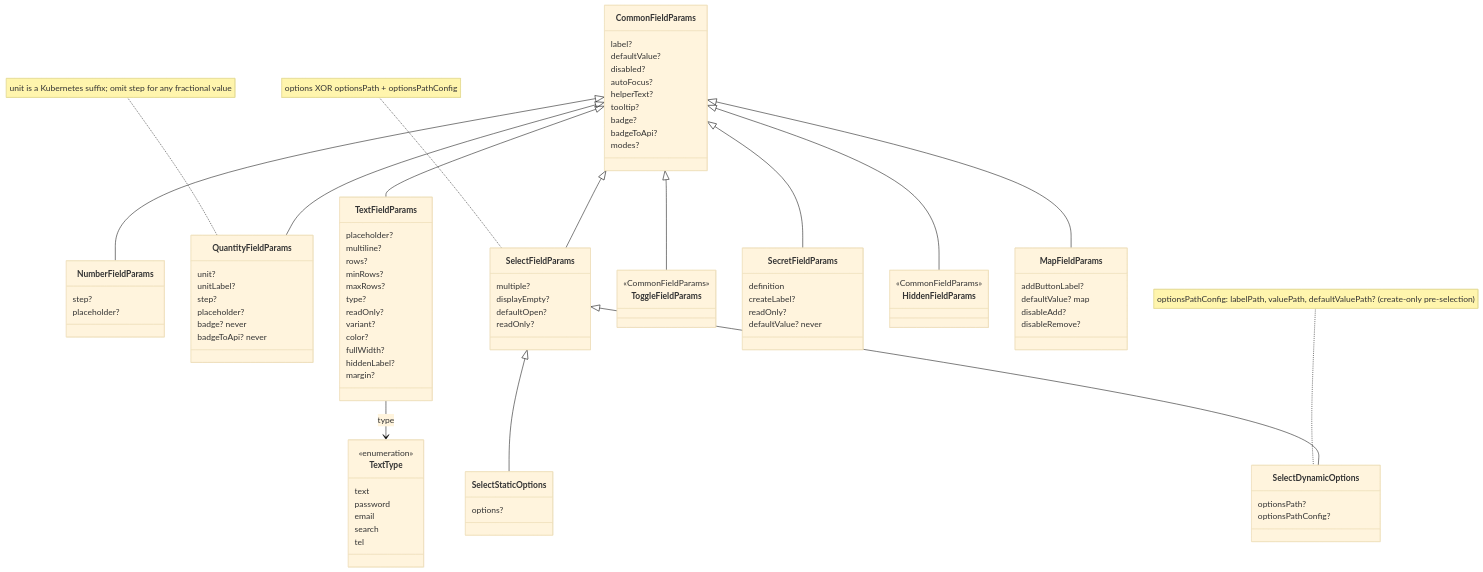
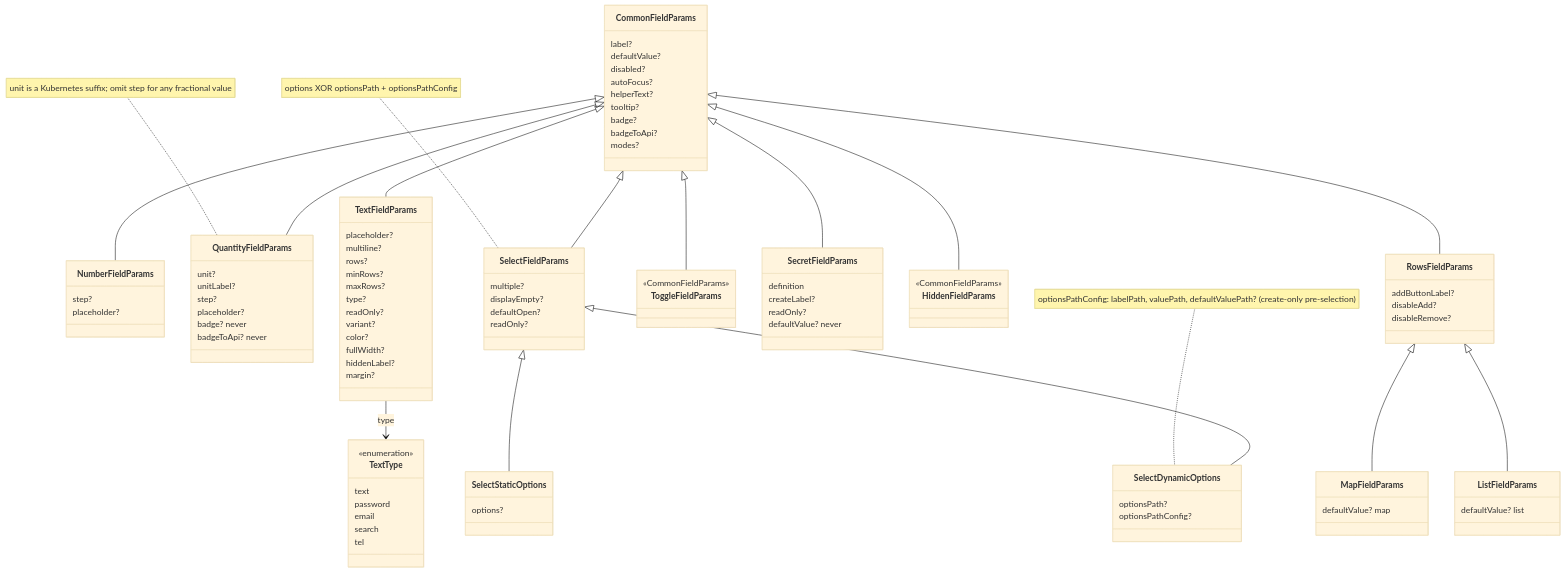
Before and after one commit to openeverest/openeverest: the seventh of 8 diagrams in docs/ui/architecture/ui-generator/schema-reference.md, drawn with Mermaid (base theme). The commit also changed other lines of this file and 73 other files, not shown here.

First line of the commit message:
feat(ui-generator): add a list field for lists of strings (Tech Preview)

```diff
--- a/docs/ui/architecture/ui-generator/schema-reference.md
+++ b/docs/ui/architecture/ui-generator/schema-reference.md
@@ -205,11 +238,16 @@
   class HiddenFieldParams {
     <<CommonFieldParams>>
   }
-  class MapFieldParams {
+  class RowsFieldParams {
     addButtonLabel?
-    defaultValue? map
     disableAdd?
     disableRemove?
+  }
+  class MapFieldParams {
+    defaultValue? map
+  }
+  class ListFieldParams {
+    defaultValue? list
   }
   CommonFieldParams <|-- NumberFieldParams
   CommonFieldParams <|-- QuantityFieldParams
@@ -218,7 +256,9 @@
   CommonFieldParams <|-- ToggleFieldParams
   CommonFieldParams <|-- SecretFieldParams
   CommonFieldParams <|-- HiddenFieldParams
-  CommonFieldParams <|-- MapFieldParams
+  CommonFieldParams <|-- RowsFieldParams
+  RowsFieldParams <|-- MapFieldParams
+  RowsFieldParams <|-- ListFieldParams
   TextFieldParams --> TextType : type
   SelectFieldParams <|-- SelectStaticOptions
   SelectFieldParams <|-- SelectDynamicOptions
```
